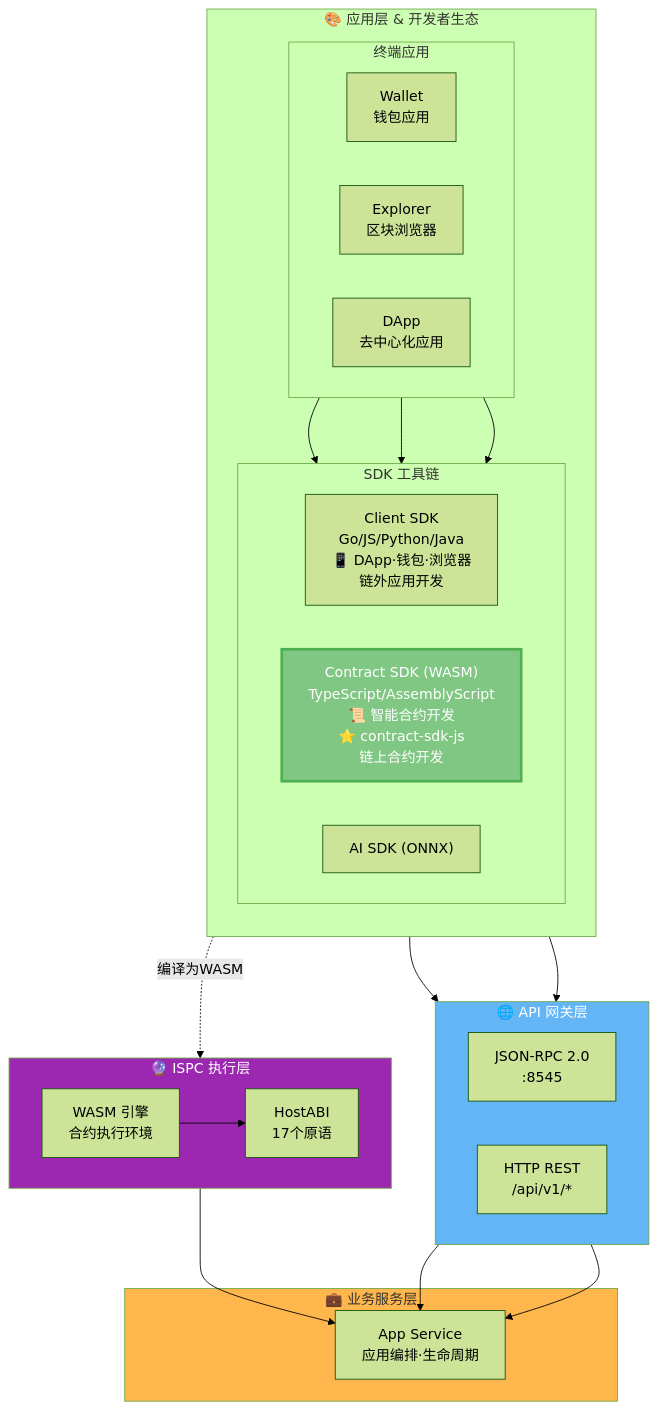
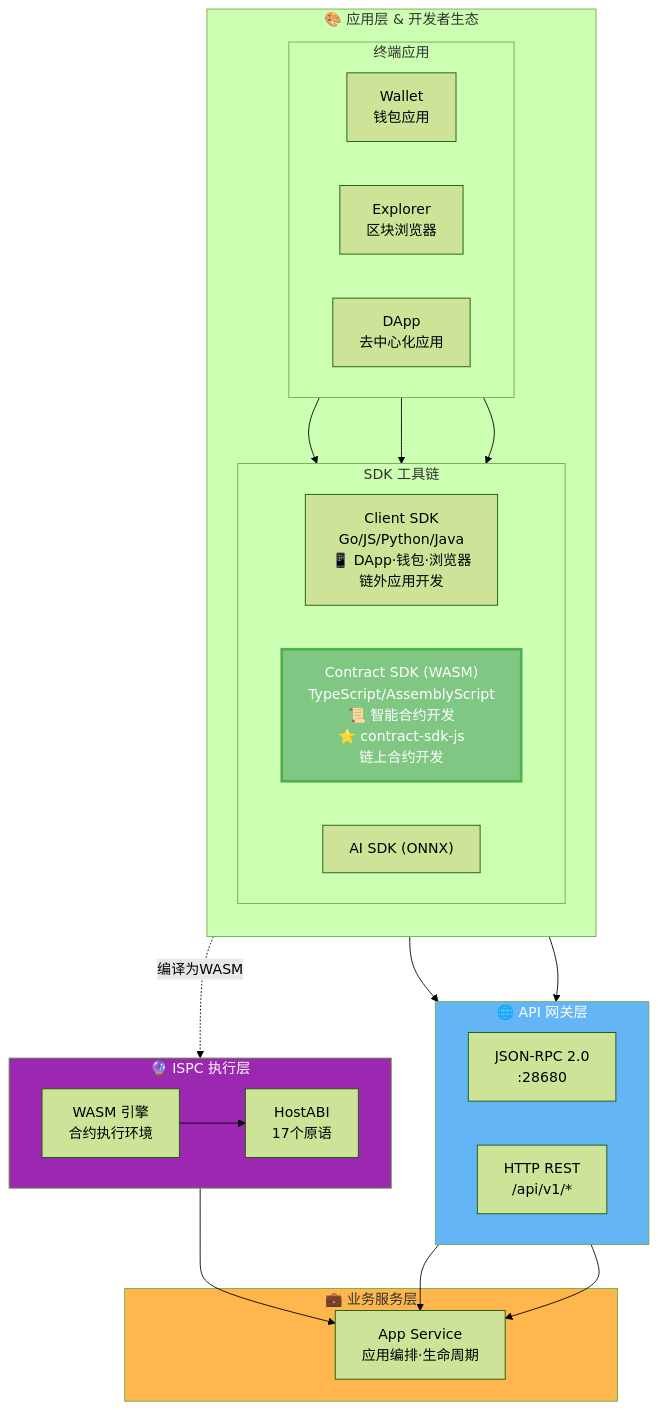
The first of 2 diagrams in README.md (weisyn/contract-sdk-js), drawn with Mermaid (forest theme) before and after one commit. The commit also changed 6 other files, not shown here.

````diff
--- a/README.md
+++ b/README.md
@@ -225,53 +225,53 @@
 ```mermaid
 graph TB
     subgraph DEV_ECOSYSTEM["🎨 应用层 & 开发者生态"]
         direction TB
         subgraph SDK_LAYER["SDK 工具链"]
             direction LR
             CLIENT_SDK["Client SDK<br/>Go/JS/Python/Java<br/>📱 DApp·钱包·浏览器<br/>链外应用开发"]
             CONTRACT_SDK["Contract SDK (WASM)<br/>TypeScript/AssemblyScript<br/>📜 智能合约开发<br/>⭐ contract-sdk-js<br/>链上合约开发"]
             AI_SDK["AI SDK (ONNX)"]
         end
         subgraph END_USER_APPS["终端应用"]
             direction LR
             WALLET_APP["Wallet<br/>钱包应用"]
             EXPLORER["Explorer<br/>区块浏览器"]
             DAPP["DApp<br/>去中心化应用"]
         end
     end
     
     subgraph API_GATEWAY["🌐 API 网关层"]
         direction LR
-        JSONRPC["JSON-RPC 2.0<br/>:8545"]
+        JSONRPC["JSON-RPC 2.0<br/>:28680"]
         HTTP["HTTP REST<br/>/api/v1/*"]
     end
     
     subgraph ISPC_LAYER["🔮 ISPC 执行层"]
         direction LR
         WASM_ENGINE["WASM 引擎<br/>合约执行环境"]
         HOSTABI["HostABI<br/>17个原语"]
     end
     
     subgraph BIZ_LAYER["💼 业务服务层"]
         APP_SVC["App Service<br/>应用编排·生命周期"]
     end
     
     WALLET_APP --> CLIENT_SDK
     EXPLORER --> CLIENT_SDK
     DAPP --> CLIENT_SDK
     
     CLIENT_SDK --> JSONRPC
     CLIENT_SDK --> HTTP
     
     JSONRPC --> APP_SVC
     HTTP --> APP_SVC
     
     CONTRACT_SDK -.编译为WASM.-> WASM_ENGINE
     WASM_ENGINE --> HOSTABI
     HOSTABI --> APP_SVC
     
     style CONTRACT_SDK fill:#81C784,color:#fff,stroke:#4CAF50,stroke-width:3px
     style ISPC_LAYER fill:#9C27B0,color:#fff
     style API_GATEWAY fill:#64B5F6,color:#fff
     style BIZ_LAYER fill:#FFB74D,color:#333
 ```
````
